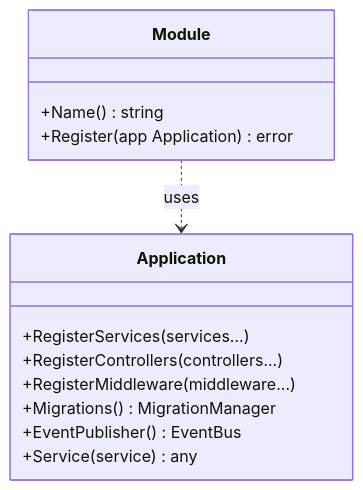
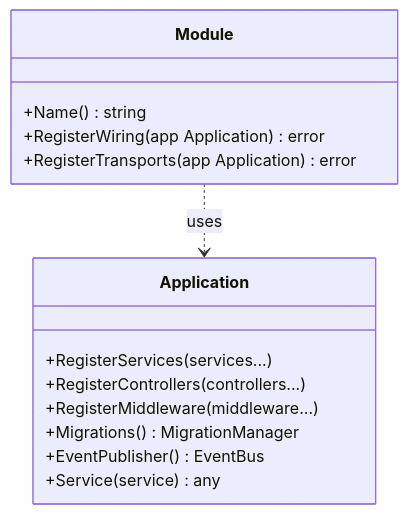
One commit to iota-uz/iota-sdk changed the fifth of 13 diagrams in docs/content/architecture/module-system.mdx. Above: the diagram before and after it, drawn with Mermaid. The commit also changed 13 other files, not shown here.

````diff
--- a/docs/content/architecture/module-system.mdx
+++ b/docs/content/architecture/module-system.mdx
@@ -111,18 +111,19 @@
 ```mermaid
 classDiagram
     class Module {
         +Name() string
-        +Register(app Application) error
+        +RegisterWiring(app Application) error
+        +RegisterTransports(app Application) error
     }
     
     class Application {
         +RegisterServices(services...)
         +RegisterControllers(controllers...)
         +RegisterMiddleware(middleware...)
         +Migrations() MigrationManager
         +EventPublisher() EventBus
         +Service(service) any
     }
     
     Module ..> Application : uses
 ```
````
